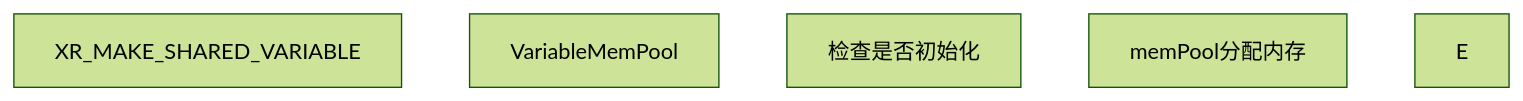
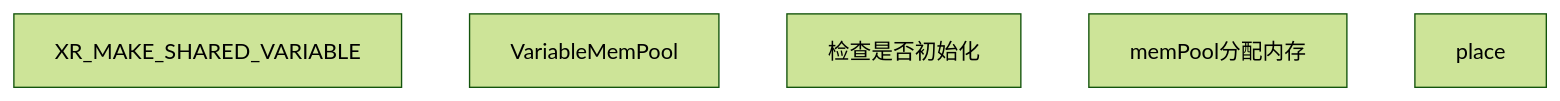
Before and after one commit to huzixuan1/iodraw-files: the diagram in all/未命名-5.md, drawn with Mermaid (forest theme).

Commit message:
2025-05-21 16:49:50 update

````diff
--- a/all/未命名-5.md
+++ b/all/未命名-5.md
@@ -1,8 +1,8 @@
 ```mermaid
 graph TD
     A[XR_MAKE_SHARED_VARIABLE]
     B[VariableMemPool]
     C[检查是否初始化]
     D[memPool分配内存]
-    E
+    E[place]
 ```
````
